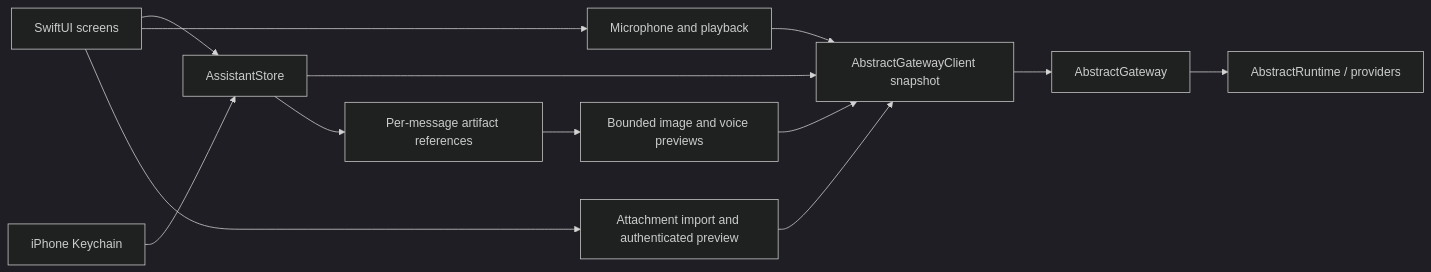
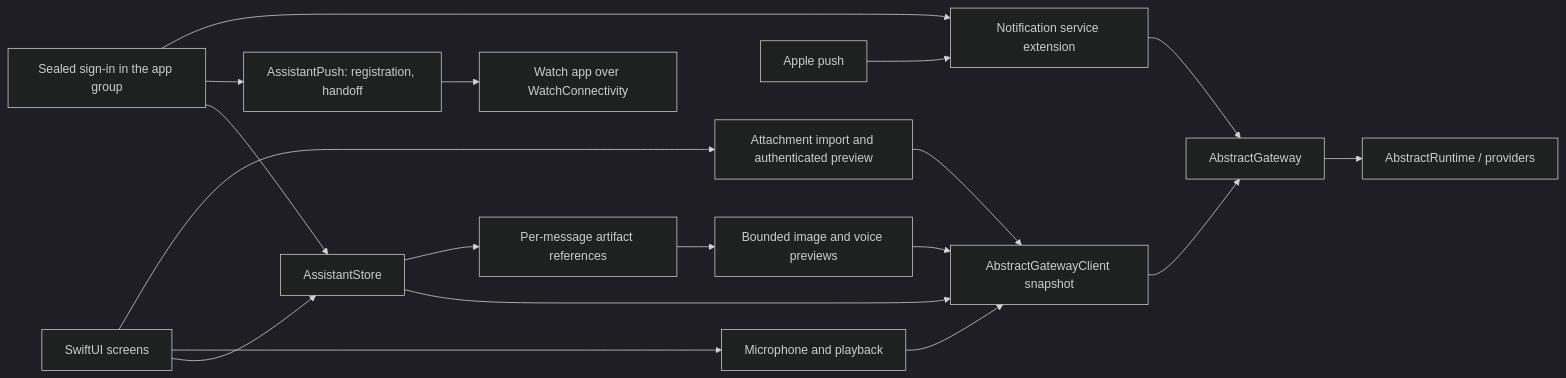
Before and after one commit to lpalbou/AbstractAssistant: the diagram in phone/iphone/docs/architecture.md, drawn with Mermaid (dark theme). The commit also changed other lines of this file and 19 other files, not shown here.

````diff
--- a/phone/iphone/docs/architecture.md
+++ b/phone/iphone/docs/architecture.md
@@ -3,15 +7,20 @@
 ```mermaid
 flowchart LR
     Views[SwiftUI screens] --> Store[AssistantStore]
     Views --> Voice[Microphone and playback]
-    Vault[iPhone Keychain] --> Store
+    Vault[Sealed sign-in in the app group] --> Store
+    Vault --> Push[AssistantPush: registration, handoff]
+    Push --> Watch[Watch app over WatchConnectivity]
+    APNs[Apple push] --> NSE[Notification service extension]
+    Vault --> NSE
+    NSE --> Gateway
     Store --> Client[AbstractGatewayClient snapshot]
     Voice --> Client
     Views --> Files[Attachment import and authenticated preview]
     Files --> Client
     Store --> Media[Per-message artifact references]
     Media --> Preview[Bounded image and voice previews]
     Preview --> Client
     Client --> Gateway[AbstractGateway]
     Gateway --> Runtime[AbstractRuntime / providers]
 ```
````
